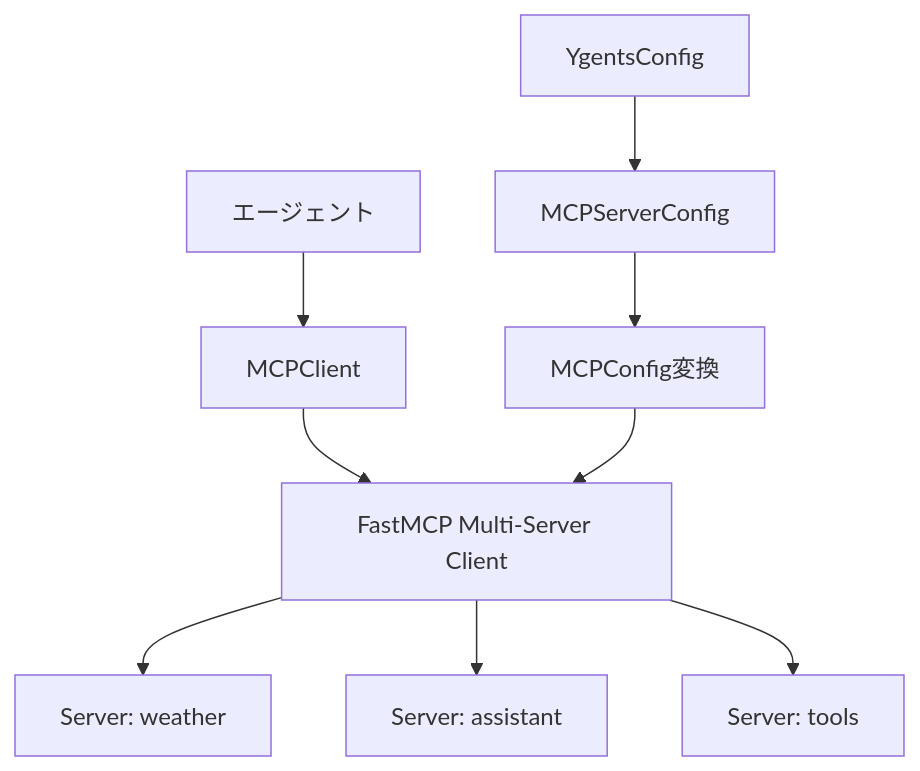
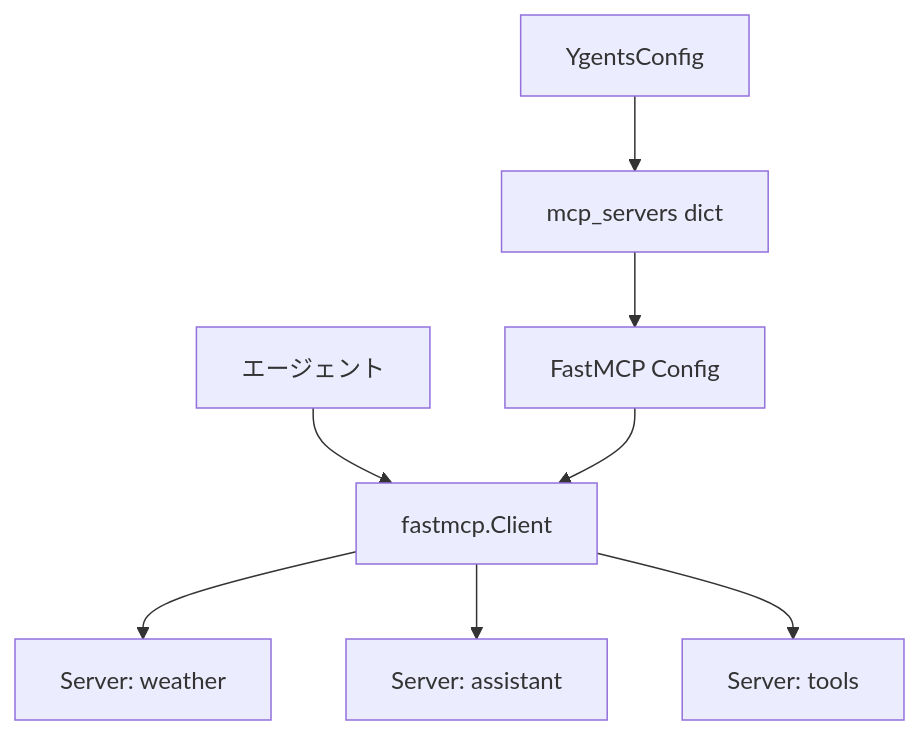
One commit to yuanying/ygents changed the first of 2 diagrams in design/mcp-client.md. Above: the diagram before and after it, drawn with Mermaid. The commit also changed other lines of this file and 10 other files, not shown here.

````diff
--- a/design/mcp-client.md
+++ b/design/mcp-client.md
@@ -20,12 +36,11 @@
 ```mermaid
 graph TD
-    A[エージェント] --> B[MCPClient]
-    B --> C[FastMCP Multi-Server Client]
-    C --> D[Server: weather]
-    C --> E[Server: assistant]
-    C --> F[Server: tools]
+    A[エージェント] --> B[fastmcp.Client]
+    B --> C[Server: weather]
+    B --> D[Server: assistant]
+    B --> E[Server: tools]
     
-    J[YgentsConfig] --> K[MCPServerConfig]
-    K --> L[MCPConfig変換]
-    L --> C
+    F[YgentsConfig] --> G[mcp_servers dict]
+    G --> H[FastMCP Config]
+    H --> B
 ```
````
